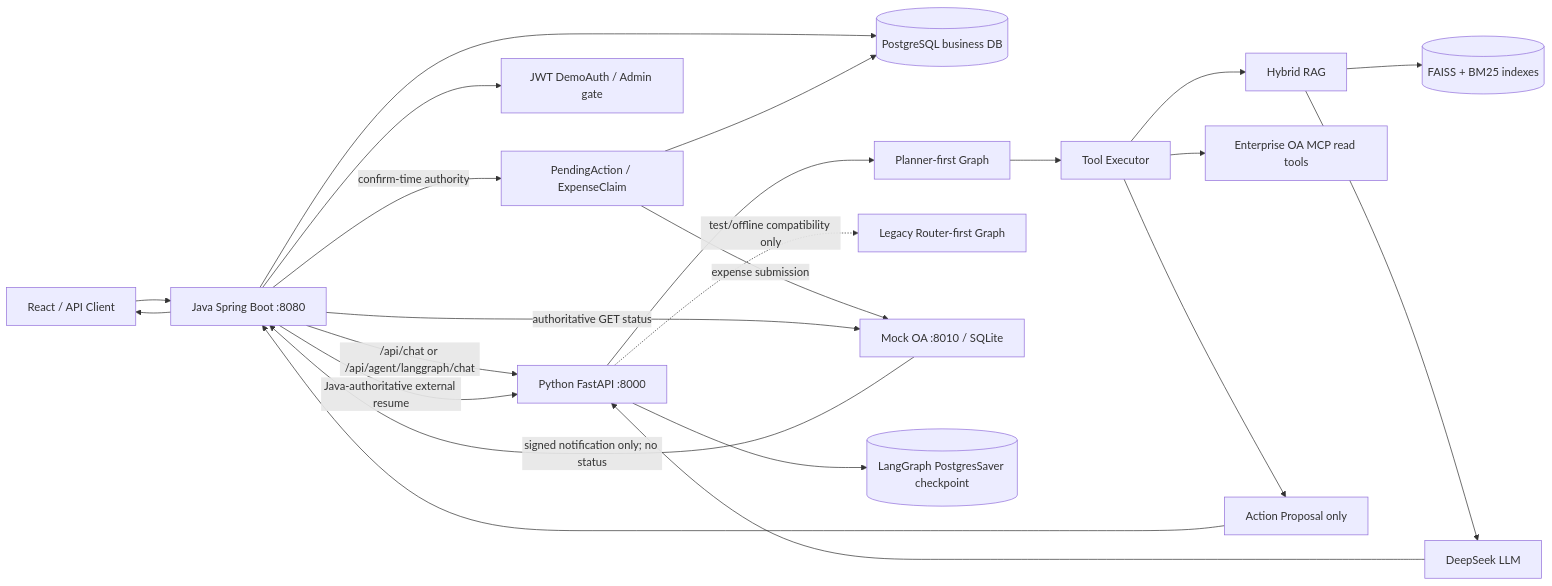
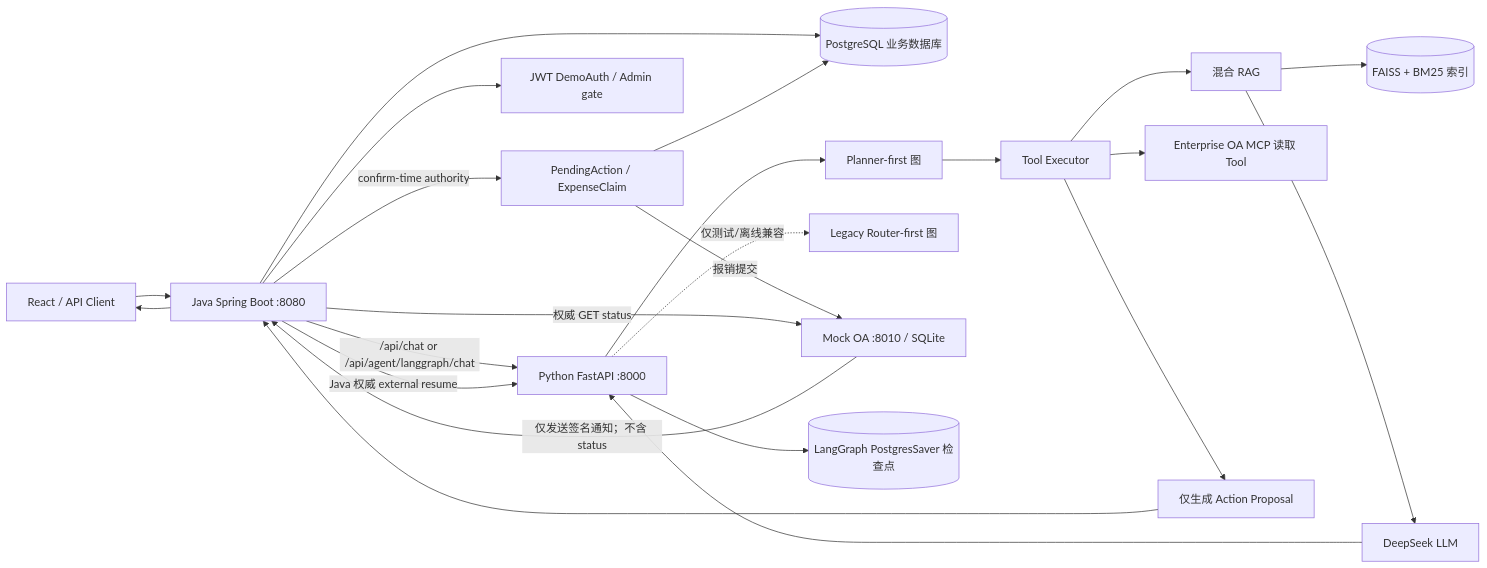
Before and after one commit to izz-BLUE/enterprise-ai-copilot: the diagram in README.md, drawn with Mermaid. The commit also changed other lines of this file and 138 other files, not shown here.

````diff
--- a/README.md
+++ b/README.md
@@ -27,25 +27,25 @@
 ```mermaid
 flowchart LR
     UI[React / API Client] --> J[Java Spring Boot :8080]
     J -->|/api/chat or /api/agent/langgraph/chat| P[Python FastAPI :8000]
     J --> AUTH[JWT DemoAuth / Admin gate]
-    J --> DB[(PostgreSQL business DB)]
-    P --> PL[Planner-first Graph]
-    P -.->|test/offline compatibility only| RT[Legacy Router-first Graph]
+    J --> DB[(PostgreSQL 业务数据库)]
+    P --> PL[Planner-first 图]
+    P -.->|仅测试/离线兼容| RT[Legacy Router-first 图]
     PL --> EX[Tool Executor]
-    EX --> RAG[Hybrid RAG]
-    EX --> MCP[Enterprise OA MCP read tools]
-    EX --> PROP[Action Proposal only]
-    RAG --> IDX[(FAISS + BM25 indexes)]
+    EX --> RAG[混合 RAG]
+    EX --> MCP[Enterprise OA MCP 读取 Tool]
+    EX --> PROP[仅生成 Action Proposal]
+    RAG --> IDX[(FAISS + BM25 索引)]
     RAG --> LLM[DeepSeek LLM]
     PROP --> J
     J -->|confirm-time authority| PA[PendingAction / ExpenseClaim]
     PA --> DB
-    PA -->|expense submission| OA[Mock OA :8010 / SQLite]
-    OA -->|signed notification only; no status| J
-    J -->|authoritative GET status| OA
-    J -->|Java-authoritative external resume| P
-    P --> CP[(LangGraph PostgresSaver checkpoint)]
+    PA -->|报销提交| OA[Mock OA :8010 / SQLite]
+    OA -->|仅发送签名通知；不含 status| J
+    J -->|权威 GET status| OA
+    J -->|Java 权威 external resume| P
+    P --> CP[(LangGraph PostgresSaver 检查点)]
     LLM --> P
     J --> UI
 ```
````
